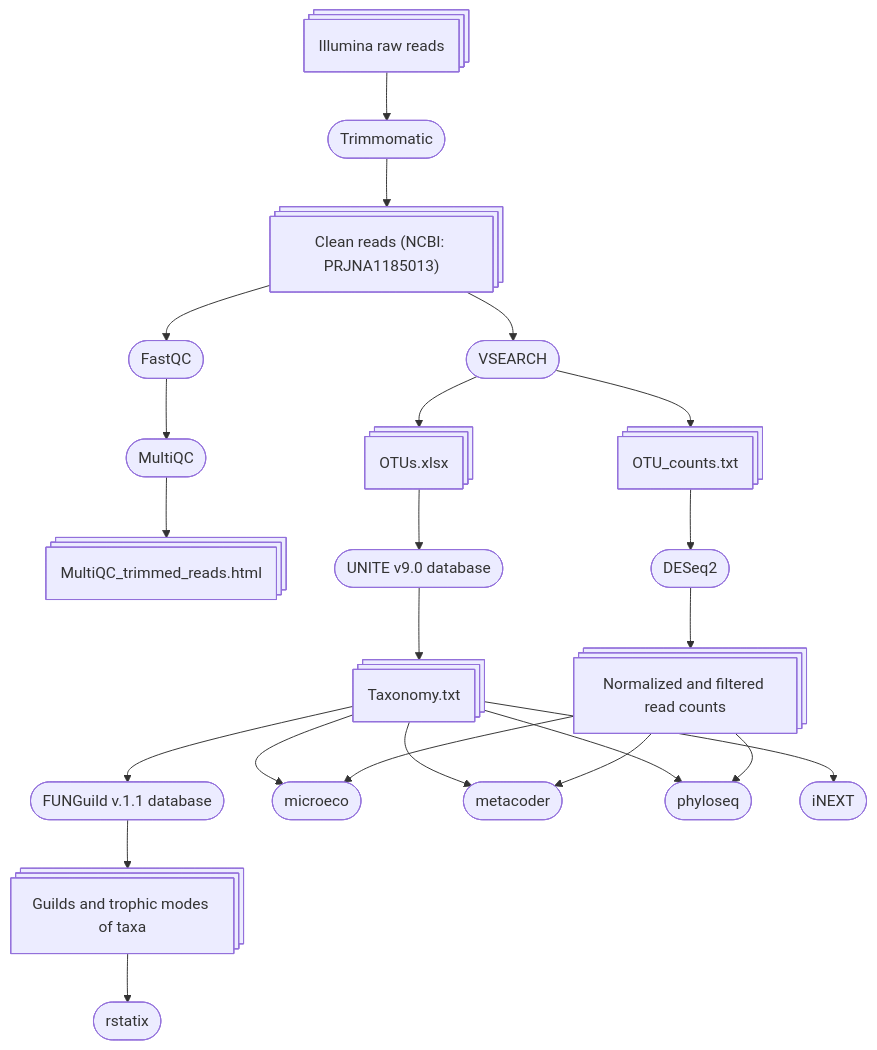
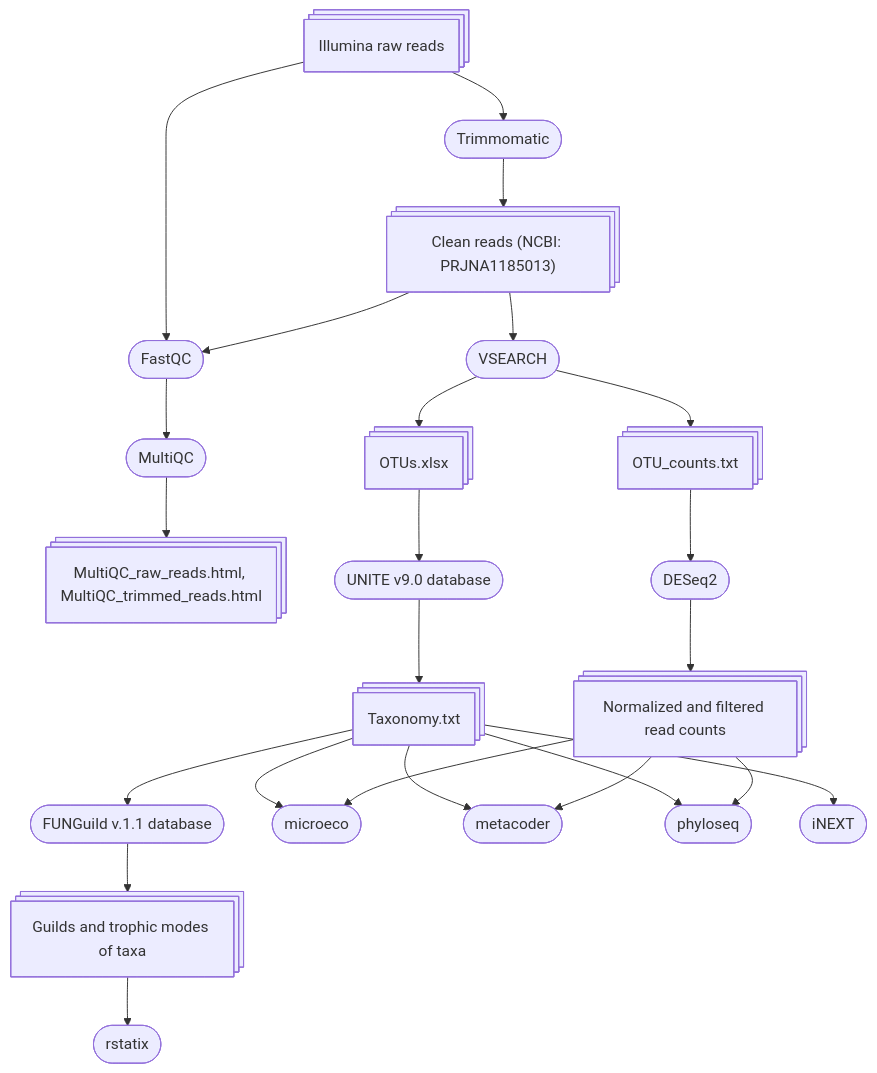
Before and after one commit to kuprinak/lithuania-metabar: the diagram in README.md, drawn with Mermaid. The commit also changed other lines of this file, not shown here.

````diff
--- a/README.md
+++ b/README.md
@@ -36,26 +36,27 @@
 ```mermaid
 flowchart TB
     A@{shape: procs, label: "Illumina raw reads"} --> B([Trimmomatic]);
+    A --> Fa;
+    Fa --> Mu([MultiQC]);
     B --> C@{shape: procs, label: "Clean reads (NCBI: PRJNA1185013)"};
     C --> Fa([FastQC]);
-    Fa --> Mu([MultiQC]);
-    Mu --> Mur@{shape: procs, label: "MultiQC_trimmed_reads.html"}; 
+    Mu --> Mur@{shape: procs, label: "MultiQC_raw_reads.html, MultiQC_trimmed_reads.html"}; 
     C --> V([VSEARCH]);
     V --> OTU@{shape: procs, label: "OTUs.xlsx"};
     V --> CV@{shape: procs, label: "OTU_counts.txt"};
     OTU --> T([UNITE v9.0 database]);
     T --> Ta@{shape: procs, label: "Taxonomy.txt"};
     Ta --> F([FUNGuild v.1.1 database]);
     F --> Gu@{shape: procs, label: "Guilds and trophic modes of taxa"};
     Gu --> rs([rstatix])
     CV --> D([DESeq2]);
     D --> N@{shape: procs, label: "Normalized and filtered read counts"};
     Ta --> Mi;
     Ta --> Me
     Ta --> Ph
     N --> Ph([phyloseq])
      N --> Mi([microeco])
     N --> Me([metacoder])
     Ta --> iN([iNEXT]);
 
 ```
````
